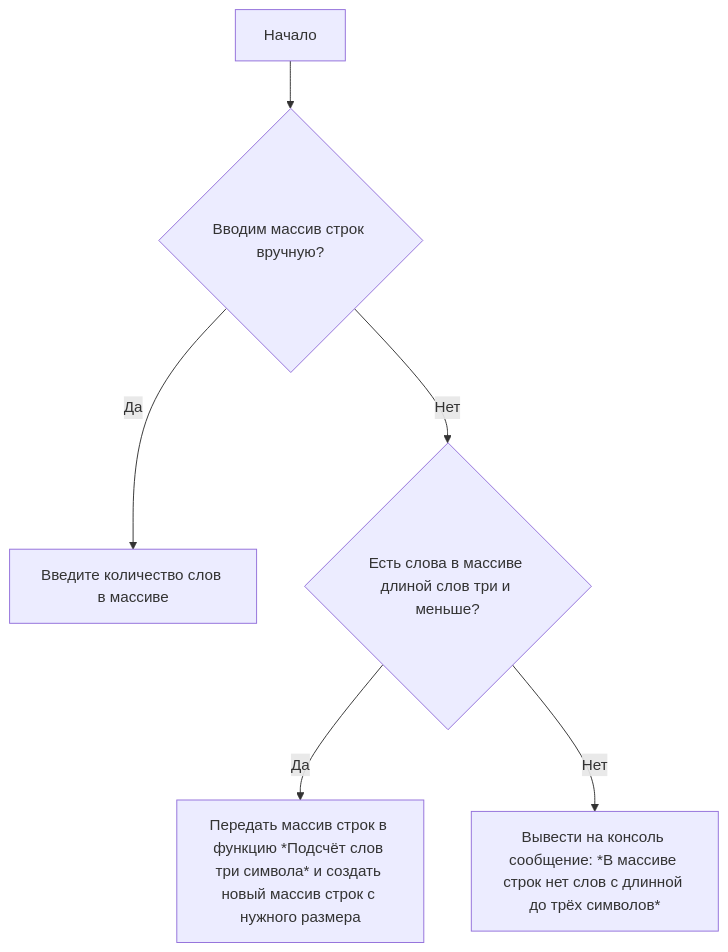
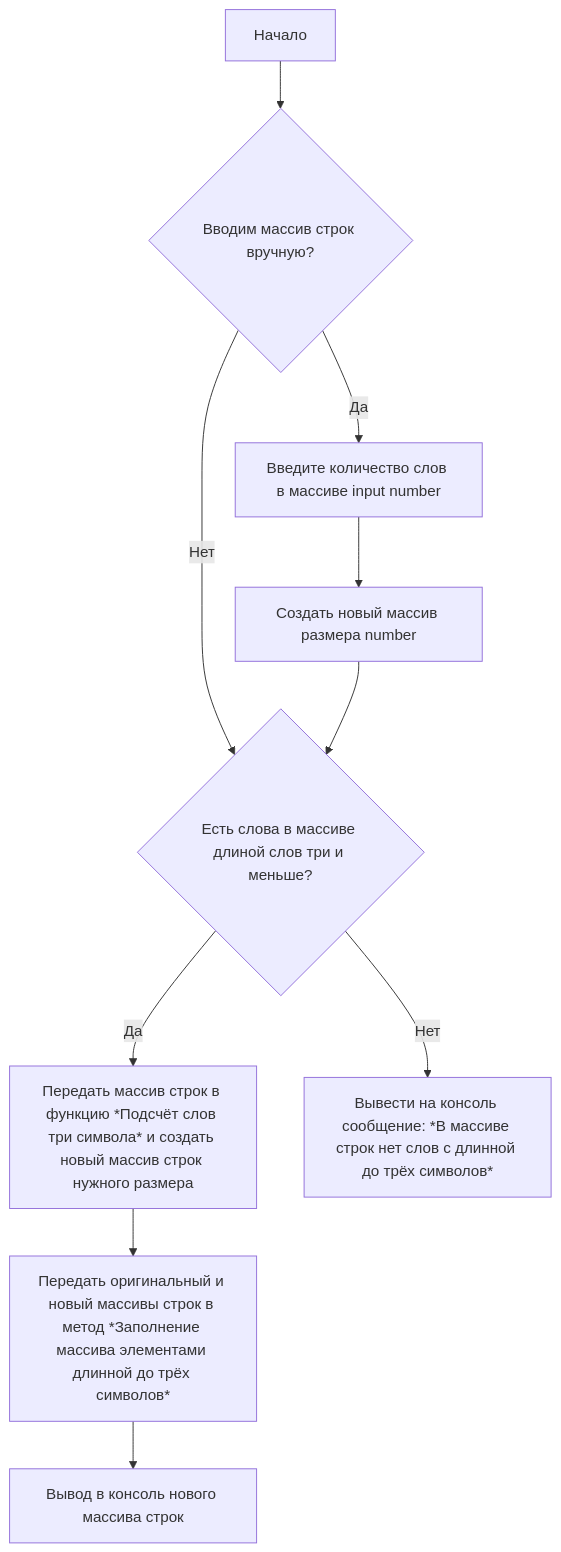
One commit to keknut/GB-Control-First-Quarter changed the diagram in README.md. Above: the diagram before and after it, drawn with Mermaid. The commit also changed other lines of this file, not shown here.

Commit message:
Test mermaid diagrams

````diff
--- a/README.md
+++ b/README.md
@@ -18,8 +19,12 @@
 ```mermaid
   graph TD;
       A[Начало]-->B{Вводим массив строк вручную?};
-      B -- Да --> C[Введите количество слов в массиве];
+      B -- Да --> C[Введите количество слов в массиве input number];
       B -- Нет --> D{Есть слова в массиве длиной слов три и меньше?};
-      D -- Да --> E[Передать массив строк в функцию *Подсчёт слов три символа* и создать новый массив строк с нужного размера];
+      D -- Да --> E[Передать массив строк в функцию *Подсчёт слов три символа* и создать новый массив строк нужного размера];
       D -- Нет --> F[Вывести на консоль сообщение: *В массиве строк нет слов с длинной до трёх символов*];
+      E --> G[Передать оригинальный и новый массивы строк в метод *Заполнение массива элементами длинной до трёх символов*]
+      G --> J[Вывод в консоль нового массива строк]
+      C --> H[Создать новый массив размера number]
+      H --> D
 ```
````
